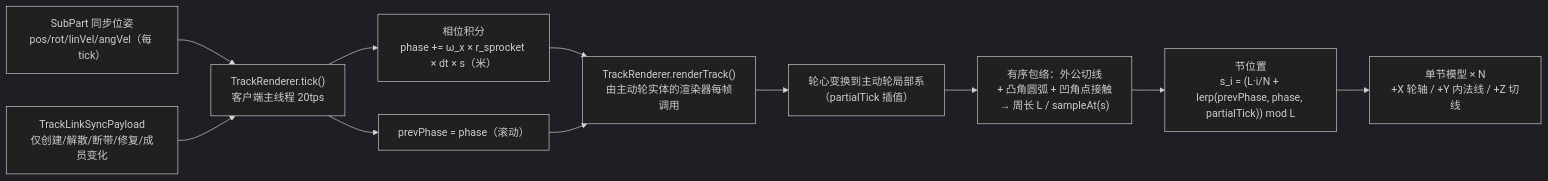
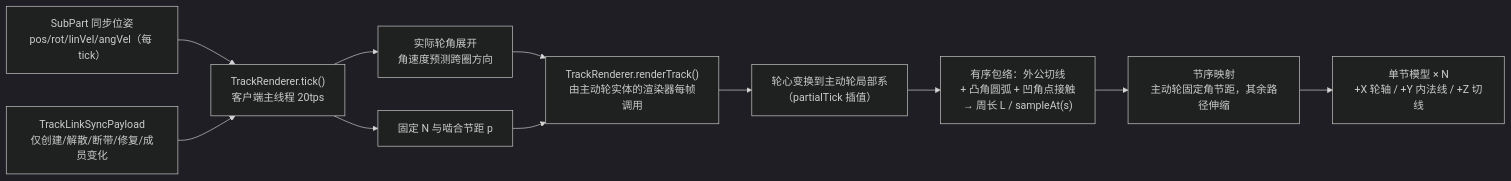
One commit to Sweetzonzi/Machine-Max changed the diagram in docs/plan/进行中/履带系统-物理实现设计文档.md. Above: the diagram before and after it, drawn with Mermaid (dark theme). The commit also changed other lines of this file and 7 other files, not shown here.

````diff
--- a/docs/plan/进行中/履带系统-物理实现设计文档.md
+++ b/docs/plan/进行中/履带系统-物理实现设计文档.md
@@ -526,13 +526,13 @@
 ```mermaid
 flowchart LR
     A["SubPart 同步位姿<br>pos/rot/linVel/angVel（每 tick）"] --> B["TrackRenderer.tick()<br>客户端主线程 20tps"]
     C["TrackLinkSyncPayload<br>仅创建/解散/断带/修复/成员变化"] --> B
-    B --> D["相位积分<br>phase += ω_x × r_sprocket × dt × s（米）"]
-    B --> E["prevPhase = phase（滚动）"]
+    B --> D["实际轮角展开<br>角速度预测跨圈方向"]
+    B --> E["固定 N 与啮合节距 p"]
     D --> F["TrackRenderer.renderTrack()<br>由主动轮实体的渲染器每帧调用"]
     E --> F
     F --> G["轮心变换到主动轮局部系<br>（partialTick 插值）"]
     G --> H["有序包络：外公切线<br>+ 凸角圆弧 + 凹角点接触<br>→ 周长 L / sampleAt(s)"]
-    H --> I["节位置<br>s_i = (L·i/N + lerp(prevPhase, phase, partialTick)) mod L"]
+    H --> I["节序映射<br>主动轮固定角节距，其余路径伸缩"]
     I --> J["单节模型 × N<br>+X 轮轴 / +Y 内法线 / +Z 切线"]
 ```
````
